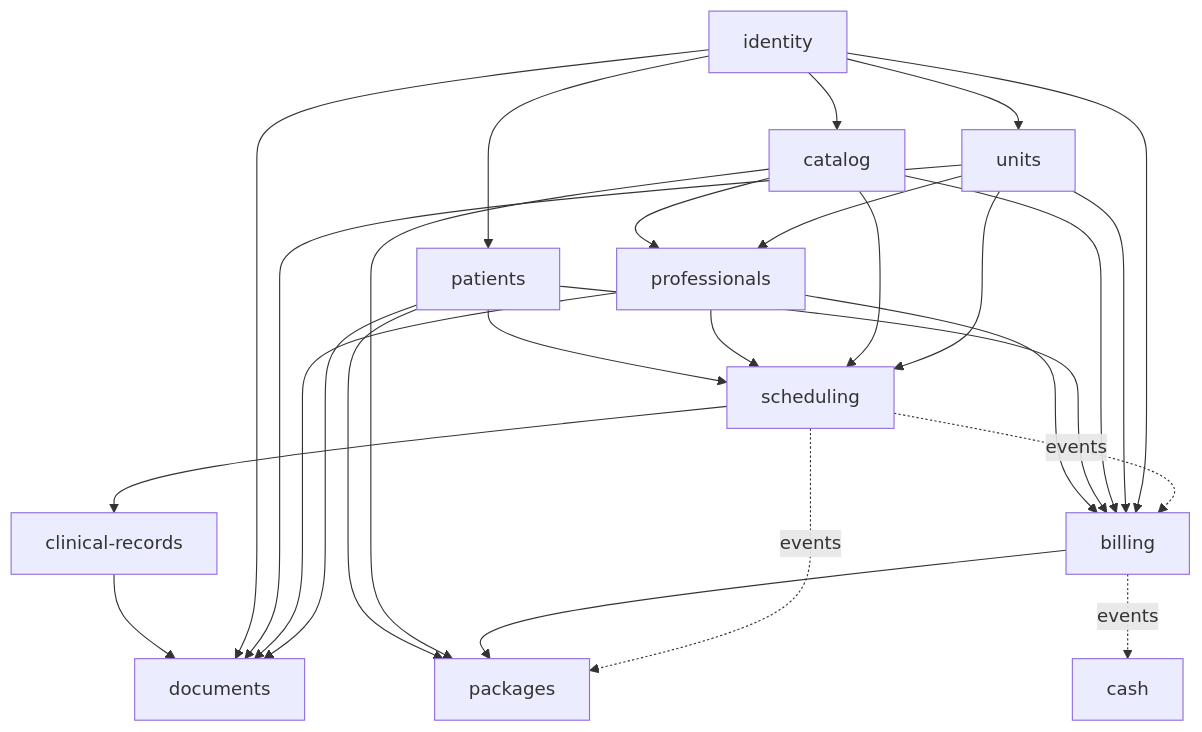
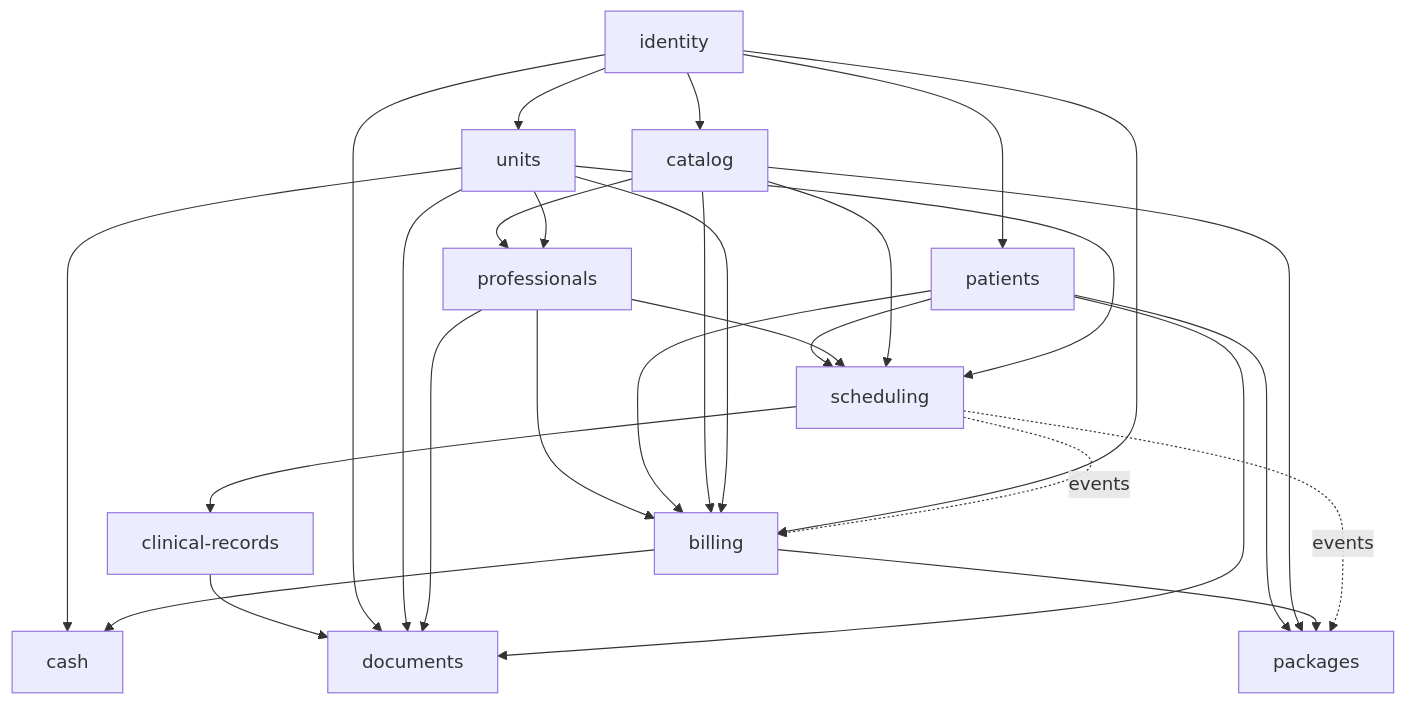
One commit to dennysvf/GCli changed the second of 2 diagrams in docs/architecture.en.md. Above: the diagram before and after it, drawn with Mermaid. The commit also changed other lines of this file and 90 other files, not shown here.

````diff
--- a/docs/architecture.en.md
+++ b/docs/architecture.en.md
@@ -74,29 +74,30 @@
 ```mermaid
 graph TD
   identity --> units
   identity --> catalog
   identity --> patients
   units --> professionals
   catalog --> professionals
   units --> scheduling
   catalog --> scheduling
   professionals --> scheduling
   patients --> scheduling
   scheduling --> clinical-records
   scheduling -. events .-> billing
   scheduling -. events .-> packages
   billing --> packages
   catalog --> packages
   patients --> packages
-  billing -. events .-> cash
+  billing --> cash
+  units --> cash
   patients --> documents
   professionals --> documents
   units --> documents
   identity --> documents
   clinical-records --> documents
   identity --> billing
   units --> billing
   catalog --> billing
   patients --> billing
   professionals --> billing
 ```
````
